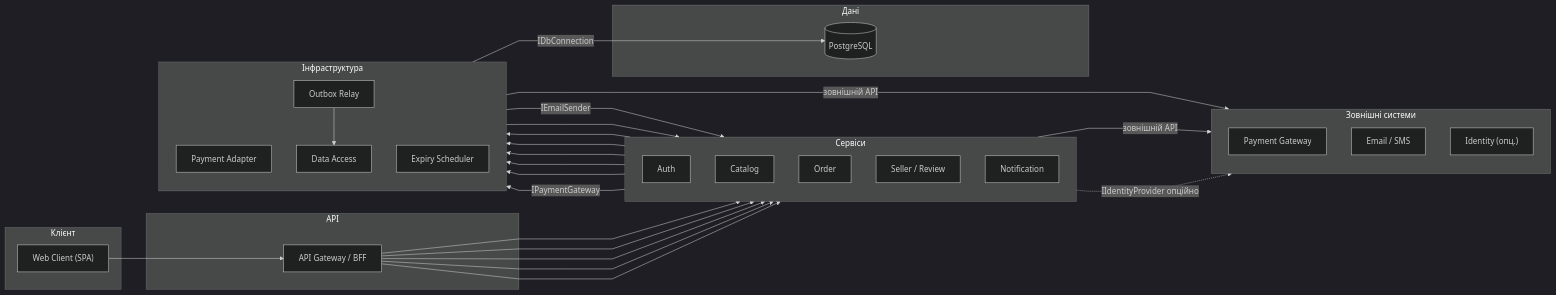
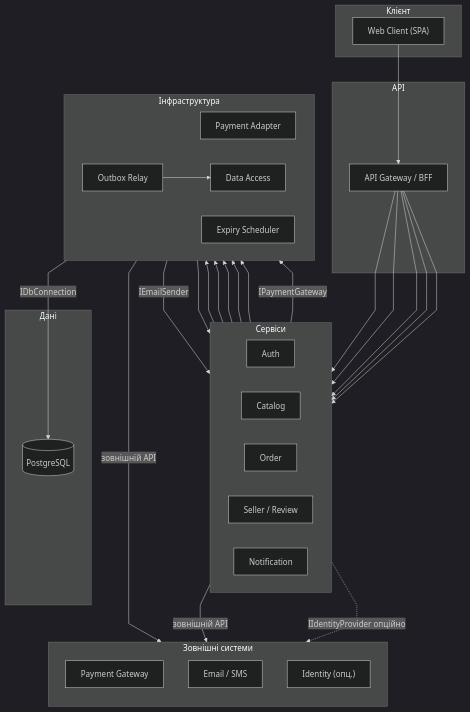
The diagram in task-5/component.md (Stefect/Modeling-and-Analysis-of-Software-Requirements), drawn with Mermaid (dark theme) before and after one commit. The commit also changed other lines of this file, not shown here.

Commit message:
refactor: вертикальні шари (TB) + горизонтальні ряди (LR), прямі лінії

````diff
--- a/task-5/component.md
+++ b/task-5/component.md
@@ -9,71 +9,71 @@
 ```mermaid
 %%{init: {'flowchart': {'curve': 'linear'}}}%%
-flowchart LR
+flowchart TB
     %% --- Клієнт ---
     subgraph Client["Клієнт"]
         WebClient["Web Client (SPA)"]
     end
 
     %% --- API ---
     subgraph API["API"]
         Gateway["API Gateway / BFF"]
     end
 
     %% --- Сервіси ---
     subgraph Services["Сервіси"]
-        direction TB
+        direction LR
         AuthService["Auth"]
         CatalogService["Catalog"]
         OrderService["Order"]
         SellerReviewService["Seller / Review"]
         NotificationService["Notification"]
     end
 
     %% --- Інфраструктура ---
     subgraph Infra["Інфраструктура"]
-        direction TB
+        direction LR
         PaymentAdapter["Payment Adapter"]
         OutboxRelay["Outbox Relay"]
         ExpiryScheduler["Expiry Scheduler"]
         DataAccess["Data Access"]
     end
 
     %% --- Дані ---
     subgraph Data["Дані"]
         Database[("PostgreSQL")]
     end
 
     %% --- Зовнішні ---
     subgraph External["Зовнішні системи"]
         direction TB
         PaymentGateway["Payment Gateway"]
         EmailProvider["Email / SMS"]
         IdentityProvider["Identity (опц.)"]
     end
 
     %% --- Зв'язки (основний потік) ---
     WebClient --> Gateway
     Gateway --> AuthService
     Gateway --> CatalogService
     Gateway --> OrderService
     Gateway --> SellerReviewService
     Gateway --> NotificationService
 
     AuthService --> DataAccess
     CatalogService --> DataAccess
     OrderService --> DataAccess
     SellerReviewService --> DataAccess
 
     OrderService --> OutboxRelay
     OutboxRelay --> DataAccess
     OutboxRelay -->|IEmailSender| NotificationService
     ExpiryScheduler --> OrderService
 
     PaymentAdapter -->|зовнішній API| PaymentGateway
     NotificationService -->|зовнішній API| EmailProvider
     AuthService -.->|IIdentityProvider опційно| IdentityProvider
 
     DataAccess -->|IDbConnection| Database
 
     OrderService -->|IPaymentGateway| PaymentAdapter
 ```
````
